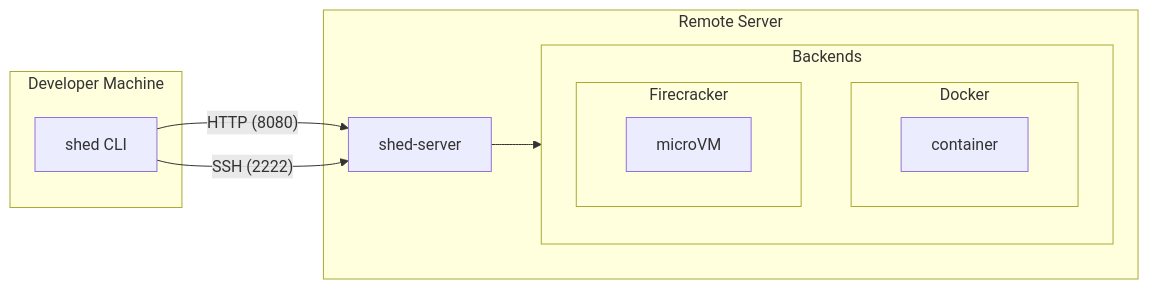
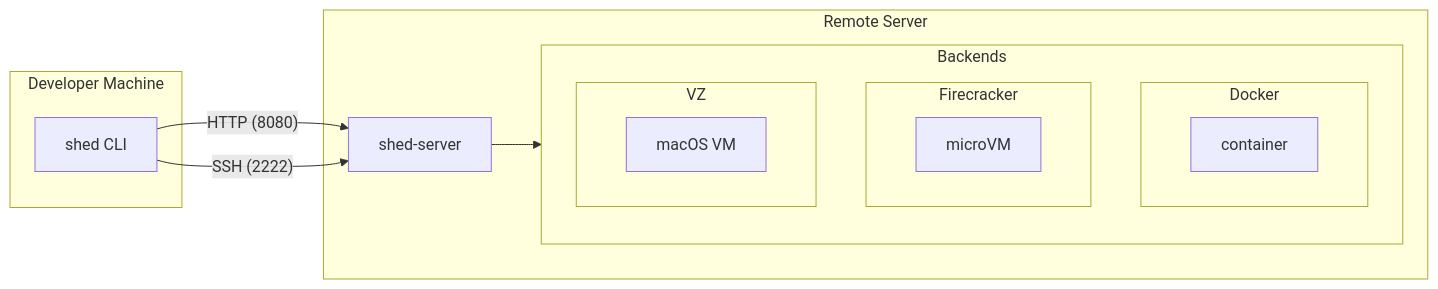
The diagram in docs/index.md (charliek/shed), drawn with Mermaid before and after one commit. The commit also changed other lines of this file and 57 other files, not shown here.

````diff
--- a/docs/index.md
+++ b/docs/index.md
@@ -28,22 +29,25 @@
 ```mermaid
 flowchart LR
     subgraph client["Developer Machine"]
         CLI["shed CLI"]
     end
 
     subgraph server["Remote Server"]
         SERVER["shed-server"]
         subgraph backends["Backends"]
             subgraph docker["Docker"]
                 SHED1["container"]
             end
             subgraph fc["Firecracker"]
                 VM1["microVM"]
             end
+            subgraph vz["VZ"]
+                VM2["macOS VM"]
+            end
         end
         SERVER --> backends
     end
 
     CLI -->|"HTTP (8080)"| SERVER
     CLI -->|"SSH (2222)"| SERVER
 ```
````
